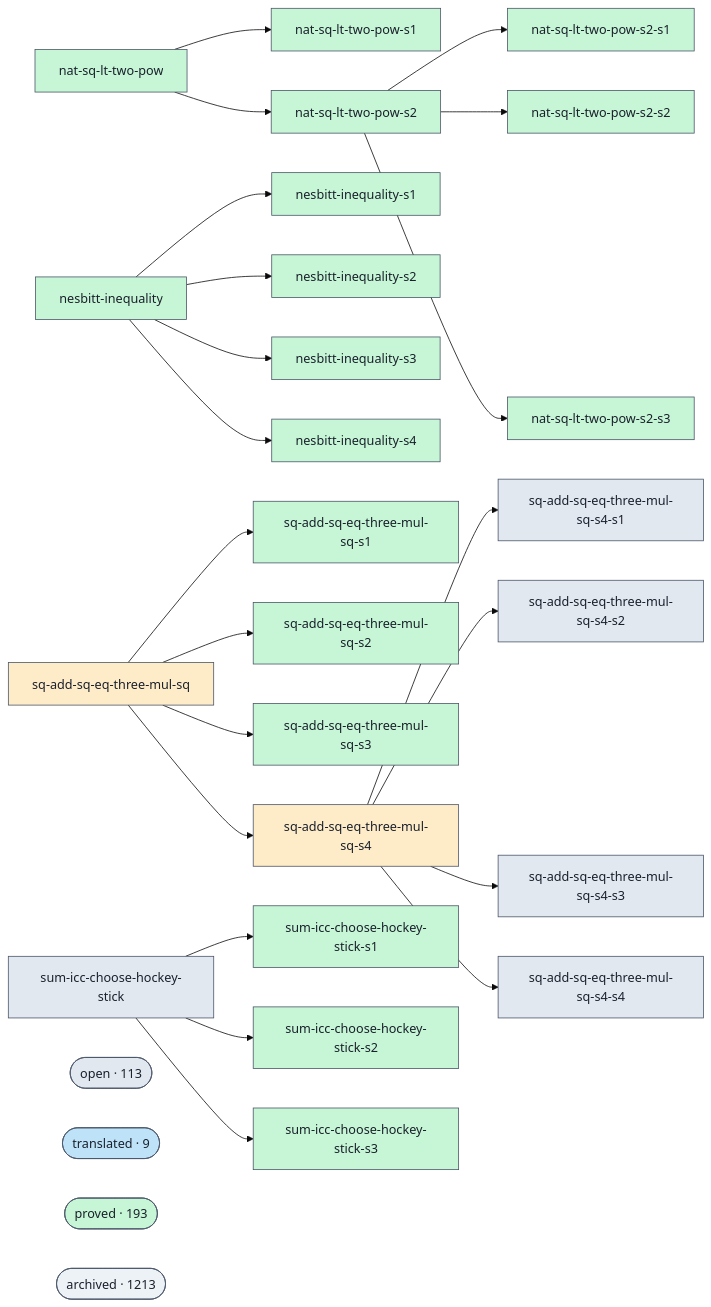
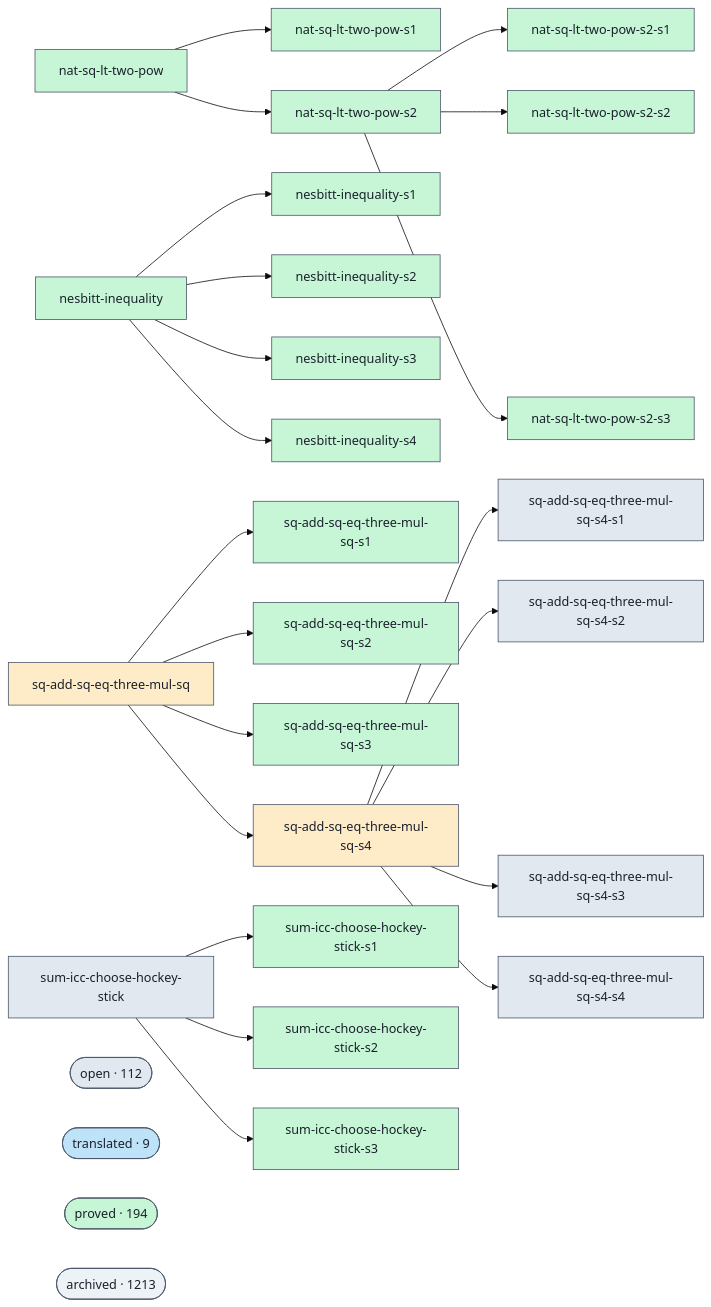
One commit to Rauxon/unsorry changed the diagram in docs/proofs-contributors-visualisation.md. Above: the diagram before and after it, drawn with Mermaid (base theme). The commit also changed other lines of this file and 2 other files, not shown here.

```diff
--- a/docs/proofs-contributors-visualisation.md
+++ b/docs/proofs-contributors-visualisation.md
@@ -114,11 +114,11 @@
   g_sum_icc_choose_hockey_stick --> g_sum_icc_choose_hockey_stick_s1
   g_sum_icc_choose_hockey_stick --> g_sum_icc_choose_hockey_stick_s2
   g_sum_icc_choose_hockey_stick --> g_sum_icc_choose_hockey_stick_s3
-  cluster_open(["open · 113"])
+  cluster_open(["open · 112"])
   class cluster_open open;
   cluster_translated(["translated · 9"])
   class cluster_translated translated;
-  cluster_proved(["proved · 193"])
+  cluster_proved(["proved · 194"])
   class cluster_proved proved;
   cluster_archived(["archived · 1213"])
   class cluster_archived unknown;
```
